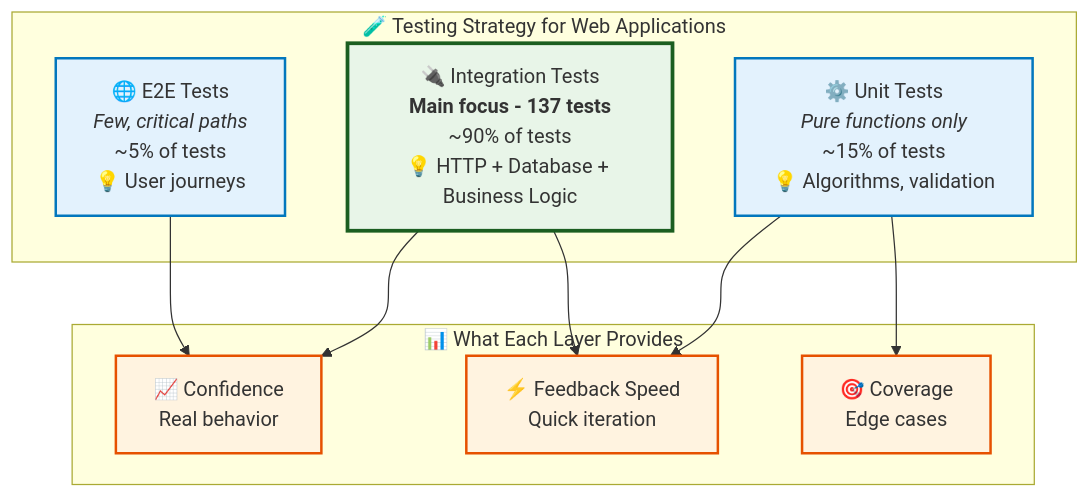
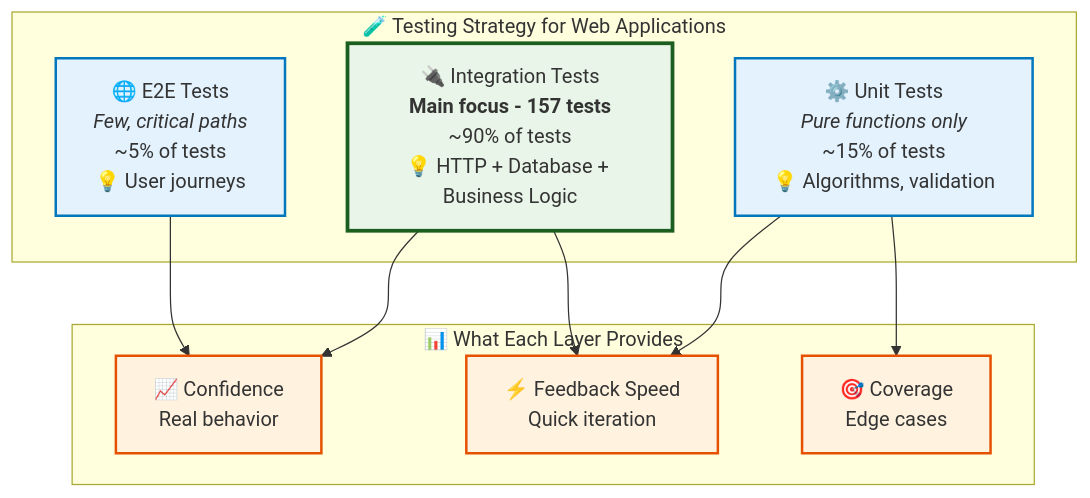
One commit to quanhua92/rust-fullstack-starter changed the first of 2 diagrams in docs/guides/08-testing.md. Above: the diagram before and after it, drawn with Mermaid. The commit also changed other lines of this file and 3 other files, not shown here.

````diff
--- a/docs/guides/08-testing.md
+++ b/docs/guides/08-testing.md
@@ -54,30 +54,30 @@
 ```mermaid
 graph TD
     subgraph "🧪 Testing Strategy for Web Applications"
         E2E[🌐 E2E Tests<br/><i>Few, critical paths</i><br/>~5% of tests<br/>💡 User journeys]
         
-        INTEGRATION[🔌 Integration Tests<br/><b>Main focus - 137 tests</b><br/>~90% of tests<br/>💡 HTTP + Database + Business Logic]
+        INTEGRATION[🔌 Integration Tests<br/><b>Main focus - 157 tests</b><br/>~90% of tests<br/>💡 HTTP + Database + Business Logic]
         
         UNIT[⚙️ Unit Tests<br/><i>Pure functions only</i><br/>~15% of tests<br/>💡 Algorithms, validation]
     end
     
     subgraph "📊 What Each Layer Provides"
         CONFIDENCE[📈 Confidence<br/>Real behavior]
         SPEED[⚡ Feedback Speed<br/>Quick iteration]
         COVERAGE[🎯 Coverage<br/>Edge cases]
     end
     
     E2E --> CONFIDENCE
     INTEGRATION --> CONFIDENCE
     INTEGRATION --> SPEED
     UNIT --> SPEED
     UNIT --> COVERAGE
     
     classDef main fill:#e8f5e8,stroke:#1b5e20,stroke-width:3px
     classDef support fill:#e3f2fd,stroke:#0277bd,stroke-width:2px
     classDef benefit fill:#fff3e0,stroke:#e65100,stroke-width:2px
     
     class INTEGRATION main
     class E2E,UNIT support
     class CONFIDENCE,SPEED,COVERAGE benefit
 ```
````
